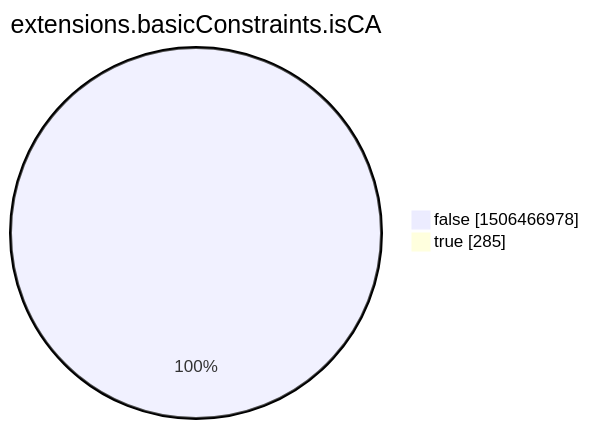
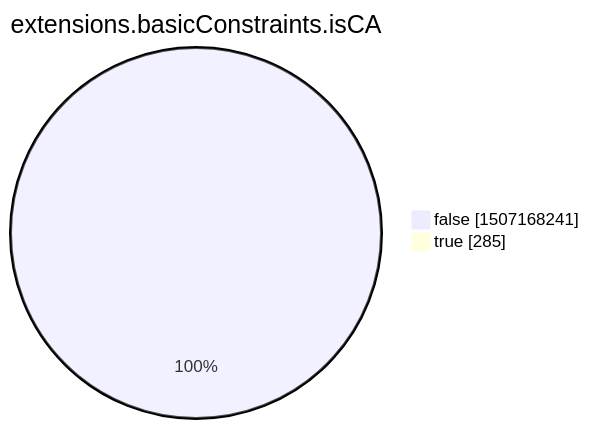
Before and after one commit to christiankrug/ctmonitor_visualization: the eighth of 15 diagrams in xenon2022/README.md, drawn with Mermaid. The commit also changed other lines of this file, not shown here.

````diff
--- a/xenon2022/README.md
+++ b/xenon2022/README.md
@@ -2854,6 +2854,6 @@
 ```mermaid
 pie showData
 title extensions.basicConstraints.isCA
-"false" :1506466978
+"false" :1507168241
 "true" :285
 ```
````
